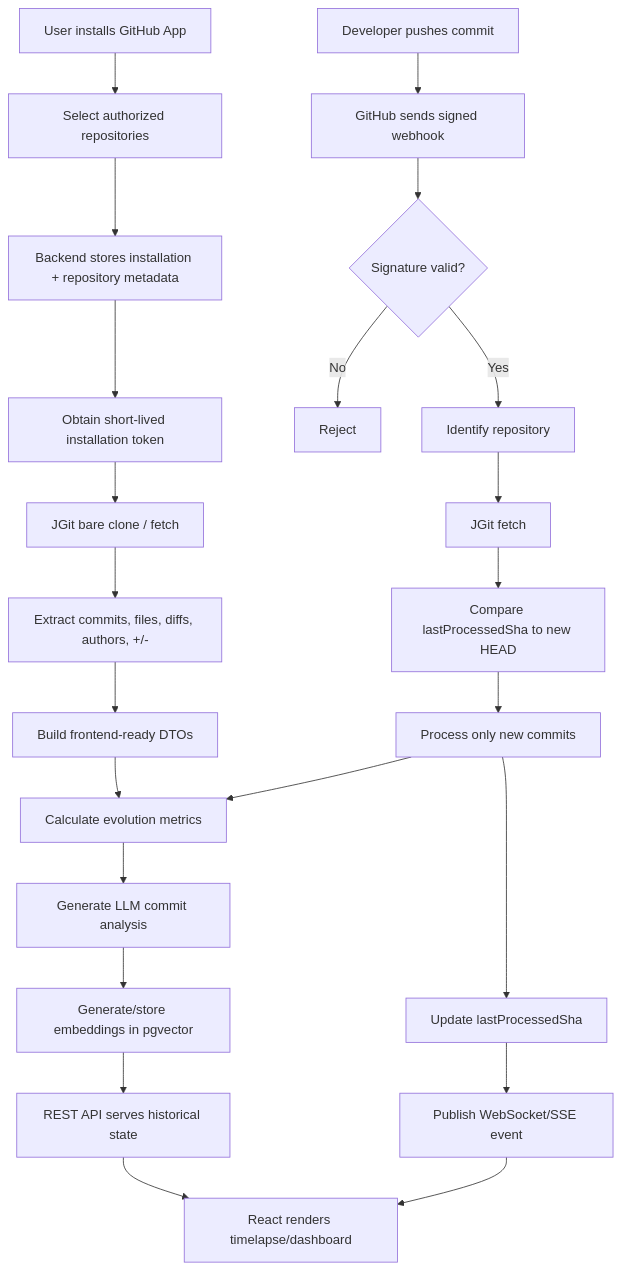
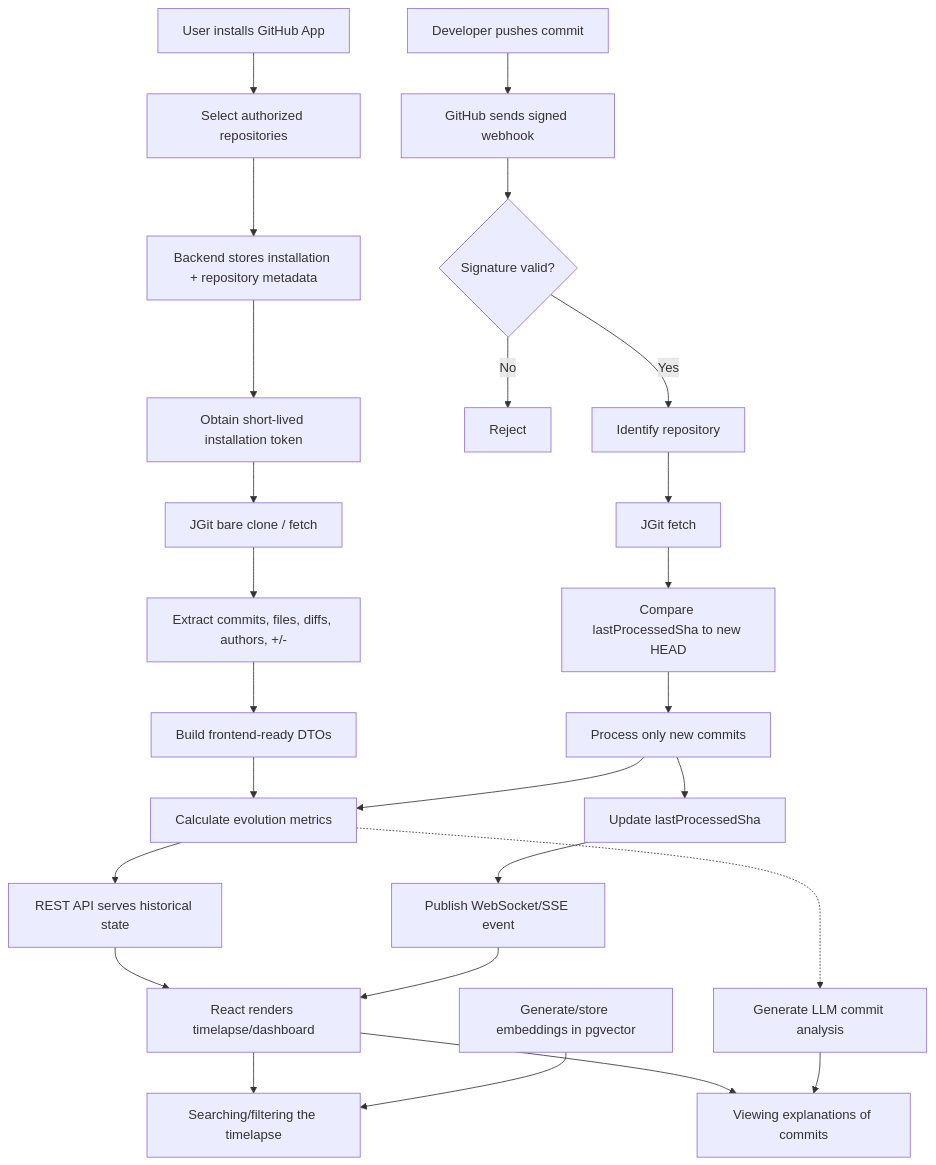
The diagram in git-timelapse-diagrams/diagrams/02_end_to_end_workflow.mmd (elissarff/AI-assisted-Live-Git-Repository-Timelapse), drawn with Mermaid before and after one commit. The commit also changed 2 other files, not shown here.

Commit message:
Modify diagram

```diff
--- a/git-timelapse-diagrams/diagrams/02_end_to_end_workflow.mmd
+++ b/git-timelapse-diagrams/diagrams/02_end_to_end_workflow.mmd
@@ -1,23 +1,30 @@
 flowchart TD
     A[User installs GitHub App] --> B[Select authorized repositories]
     B --> C[Backend stores installation + repository metadata]
     C --> D[Obtain short-lived installation token]
     D --> E[JGit bare clone / fetch]
     E --> F[Extract commits, files, diffs, authors, +/-]
     F --> G[Build frontend-ready DTOs]
     G --> H[Calculate evolution metrics]
-    H --> I[Generate LLM commit analysis]
-    I --> J[Generate/store embeddings in pgvector]
-    J --> K[REST API serves historical state]
+    H --> K[REST API serves historical state]
     K --> L[React renders timelapse/dashboard]
+
     M[Developer pushes commit] --> N[GitHub sends signed webhook]
     N --> O{Signature valid?}
     O -- No --> P[Reject]
     O -- Yes --> Q[Identify repository]
     Q --> R[JGit fetch]
     R --> S[Compare lastProcessedSha to new HEAD]
     S --> T[Process only new commits]
     T --> H
     T --> U[Update lastProcessedSha]
     U --> V[Publish WebSocket/SSE event]
     V --> L
+
+    L --> W[Searching/filtering the timelapse]
+    L --> X[Viewing explanations of commits]
+
+    J[Generate/store embeddings in pgvector] --> W
+    I[Generate LLM commit analysis] --> X
+
+    H -.-> I
```
